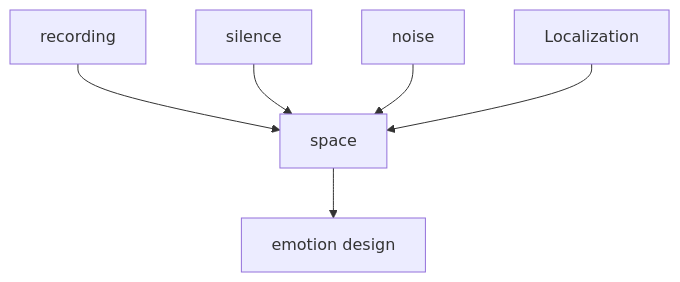
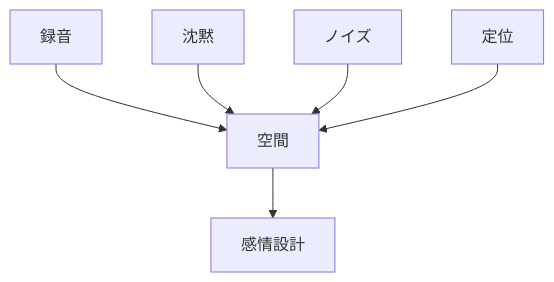
One commit to monumental-movement/monumental-movement.github.io changed the fifth of 7 diagrams in en/_posts/2026-05-24-column-jim-o-rourke.md. Above: the diagram before and after it, drawn with Mermaid. The commit also changed other lines of this file and 2196 other files, not shown here.

```diff
--- a/en/_posts/2026-05-24-column-jim-o-rourke.md
+++ b/en/_posts/2026-05-24-column-jim-o-rourke.md
@@ -300,8 +300,8 @@
 <div class="mermaid">
 graph TD
-A[recording] --> E[space]
-B[silence] --> E
-C[noise] --> E
-D[Localization] --> E
-E --> F[emotion design]
+A[録音] --> E[空間]
+B[沈黙] --> E
+C[ノイズ] --> E
+D[定位] --> E
+E --> F[感情設計]
 </div>
```
